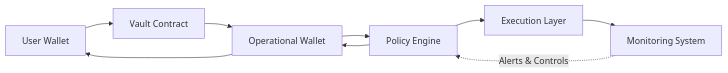
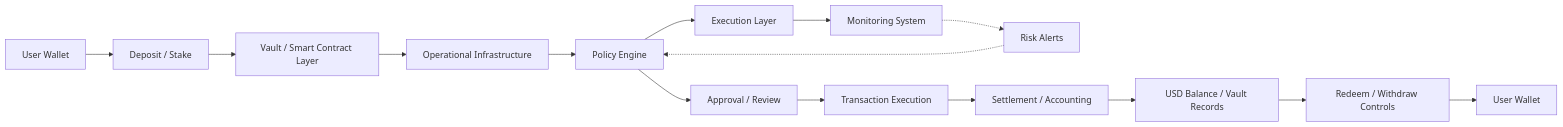
Before and after one commit to FOPEN2010/docs: the diagram in security/security.mdx, drawn with Mermaid. The commit also changed other lines of this file, not shown here.

````diff
--- a/security/security.mdx
+++ b/security/security.mdx
@@ -23,11 +37,17 @@
 ```mermaid
 flowchart LR
-    A[User Wallet] --> B[Vault Contract]
-    B --> C[Operational Wallet]
-    C --> D[Policy Engine]
-    D --> E[Execution Layer]
-    E --> F[Monitoring System]
-    F -.->|Alerts & Controls| D
-    D --> C
-    C --> A
+    A[User Wallet] --> B[Deposit / Stake]
+    B --> C[Vault / Smart Contract Layer]
+    C --> D[Operational Infrastructure]
+    D --> E[Policy Engine]
+    E --> F[Execution Layer]
+    F --> G[Monitoring System]
+    G -.-> H[Risk Alerts]
+    H -.-> E
+    E --> I[Approval / Review]
+    I --> J[Transaction Execution]
+    J --> K[Settlement / Accounting]
+    K --> L[USD Balance / Vault Records]
+    L --> M[Redeem / Withdraw Controls]
+    M --> N[User Wallet]
 ```
````
